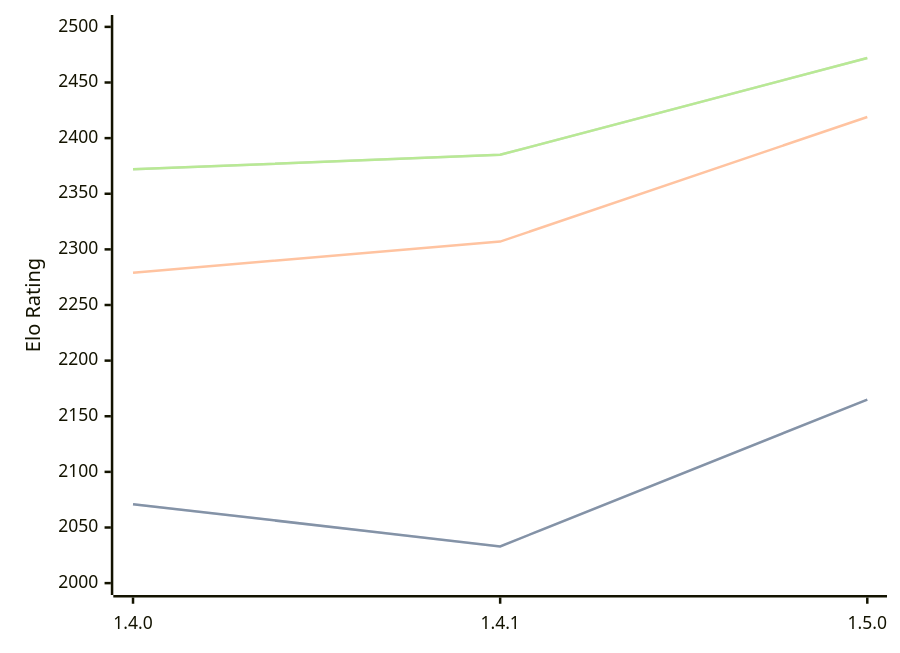
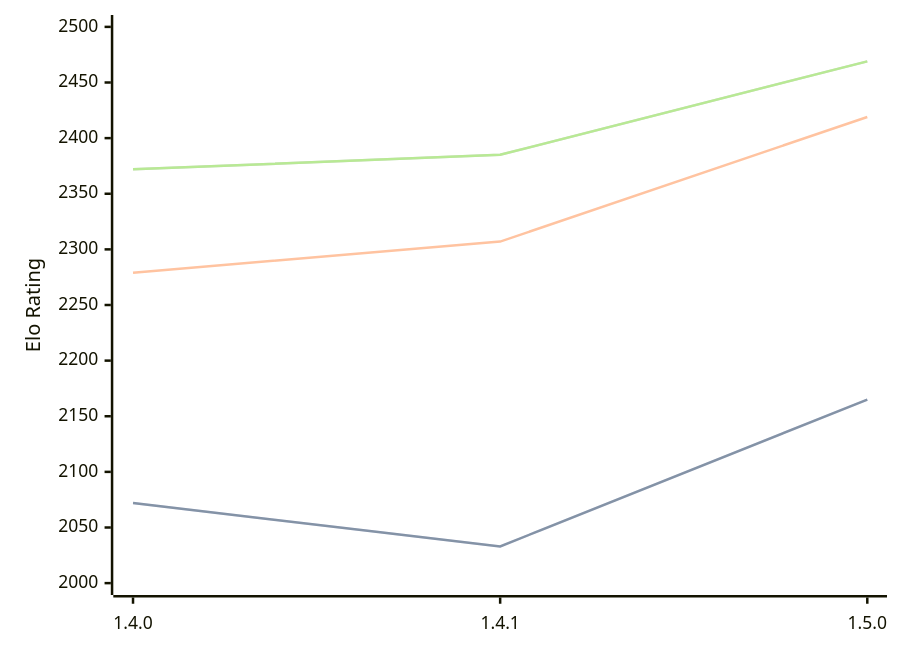
One commit to computer-chess-index/cci changed the diagram in engines/Tofiks.md. Above: the diagram before and after it, drawn with Mermaid. The commit also changed other lines of this file, not shown here.

Commit message:
Update CCI Ratings (ELO VLTC) - 2026-07-20

````diff
--- a/engines/Tofiks.md
+++ b/engines/Tofiks.md
@@ -37,11 +37,11 @@
 ```mermaid
 %%{init: {"theme":"base","themeVariables":{"seriesColors:['#a3a3a3','#222221','#faa371']}}}%%
 xychart-beta
   x-axis ["1.4.0", "1.4.1", "1.5.0"]
   y-axis "Elo Rating" 2000 --> 2500
-  line "STC (8.0+0.08s)" [2071, 2033, 2165]
-  line "STC (8.0+0.08s)" [2071, 2033, 2165]
+  line "STC (8.0+0.08s)" [2072, 2033, 2165]
+  line "STC (8.0+0.08s)" [2072, 2033, 2165]
   line "LTC (60.0+0.60s)" [2279, 2307, 2419]
-  line "VLTC (2m24s+1.12s)" [2372, 2385, 2472]
-  line "VLTC (2m24s+1.12s)" [2372, 2385, 2472]
+  line "VLTC (2m24s+1.12s)" [2372, 2385, 2469]
+  line "VLTC (2m24s+1.12s)" [2372, 2385, 2469]
 ```
````
